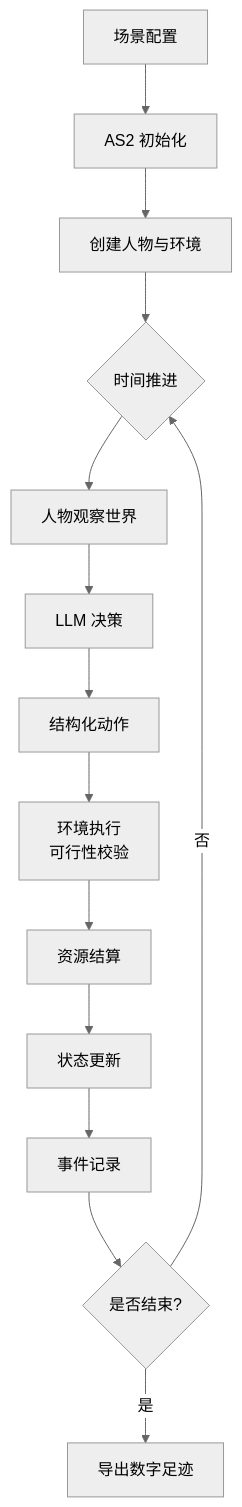
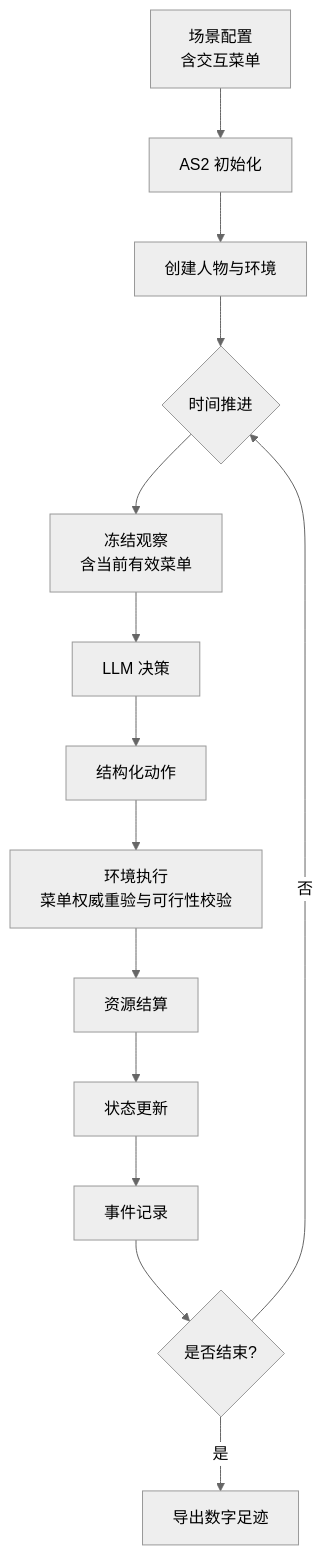
The third of 7 diagrams in docs/design/01-architecture.md (HoldThatThgt/WorldMock), drawn with Mermaid (neutral theme) before and after one commit. The commit also changed other lines of this file and 45 other files, not shown here.

````diff
--- a/docs/design/01-architecture.md
+++ b/docs/design/01-architecture.md
@@ -162,16 +166,16 @@
 ```mermaid
 flowchart TB
-    A[场景配置] --> B[AS2 初始化]
+    A[场景配置<br/>含交互菜单] --> B[AS2 初始化]
     B --> C[创建人物与环境]
     C --> D{时间推进}
-    D --> E[人物观察世界]
+    D --> E[冻结观察<br/>含当前有效菜单]
     E --> F[LLM 决策]
     F --> G[结构化动作]
-    G --> H[环境执行<br/>可行性校验]
+    G --> H[环境执行<br/>菜单权威重验与可行性校验]
     H --> I[资源结算]
     I --> J[状态更新]
     J --> K[事件记录]
     K --> L{是否结束?}
     L -->|否| D
     L -->|是| M[导出数字足迹]
 ```
````
